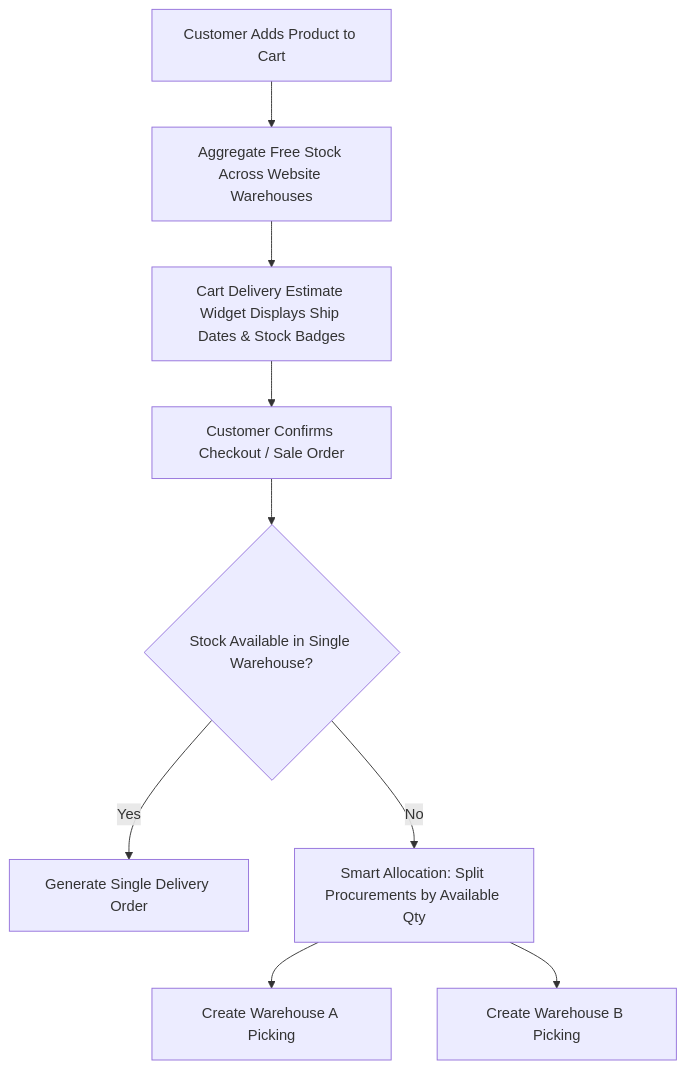
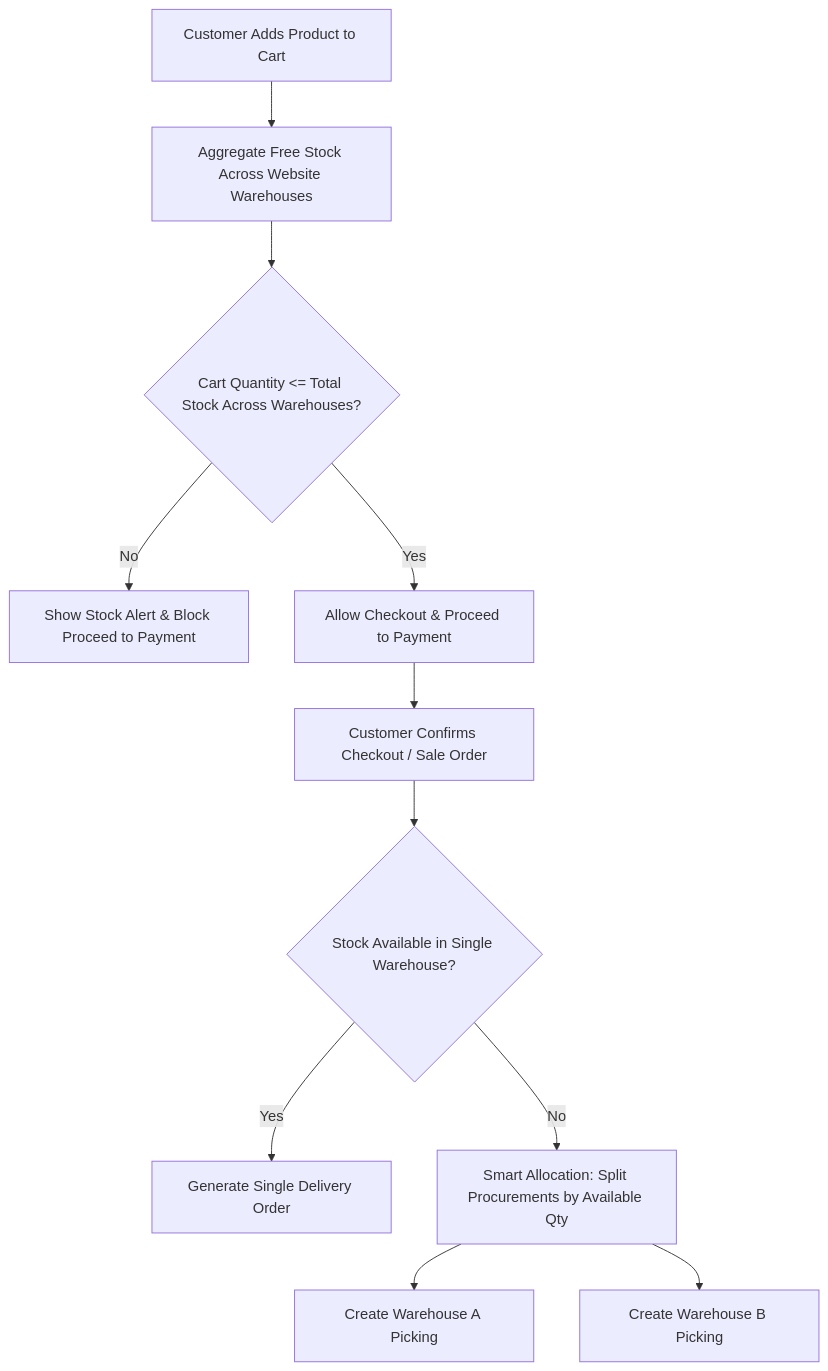
Before and after one commit to sujalmansuri1/2302031800117-MINORPROJECT: the diagram in README.md, drawn with Mermaid. The commit also changed other lines of this file and 7 other files, not shown here.

Commit message:
feat: hide warehouse details on website, show simple availability, alert and block payment on unavailable stock

````diff
--- a/README.md
+++ b/README.md
@@ -31,11 +30,13 @@
 ```mermaid
 graph TD
     A[Customer Adds Product to Cart] --> B[Aggregate Free Stock Across Website Warehouses]
-    B --> C[Cart Delivery Estimate Widget Displays Ship Dates & Stock Badges]
-    C --> D[Customer Confirms Checkout / Sale Order]
-    D --> E{Stock Available in Single Warehouse?}
-    E -- Yes --> F[Generate Single Delivery Order]
-    E -- No --> G[Smart Allocation: Split Procurements by Available Qty]
-    G --> H[Create Warehouse A Picking]
-    G --> I[Create Warehouse B Picking]
+    B --> C{Cart Quantity <= Total Stock Across Warehouses?}
+    C -- No --> D[Show Stock Alert & Block Proceed to Payment]
+    C -- Yes --> E[Allow Checkout & Proceed to Payment]
+    E --> F[Customer Confirms Checkout / Sale Order]
+    F --> G{Stock Available in Single Warehouse?}
+    G -- Yes --> H[Generate Single Delivery Order]
+    G -- No --> I[Smart Allocation: Split Procurements by Available Qty]
+    I --> J[Create Warehouse A Picking]
+    I --> K[Create Warehouse B Picking]
 ```
````
